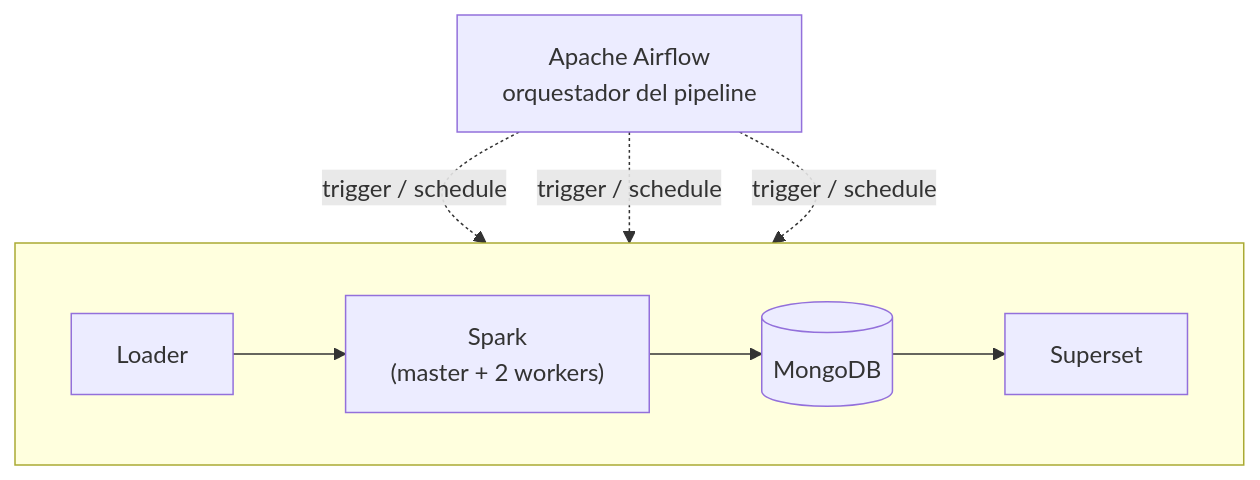
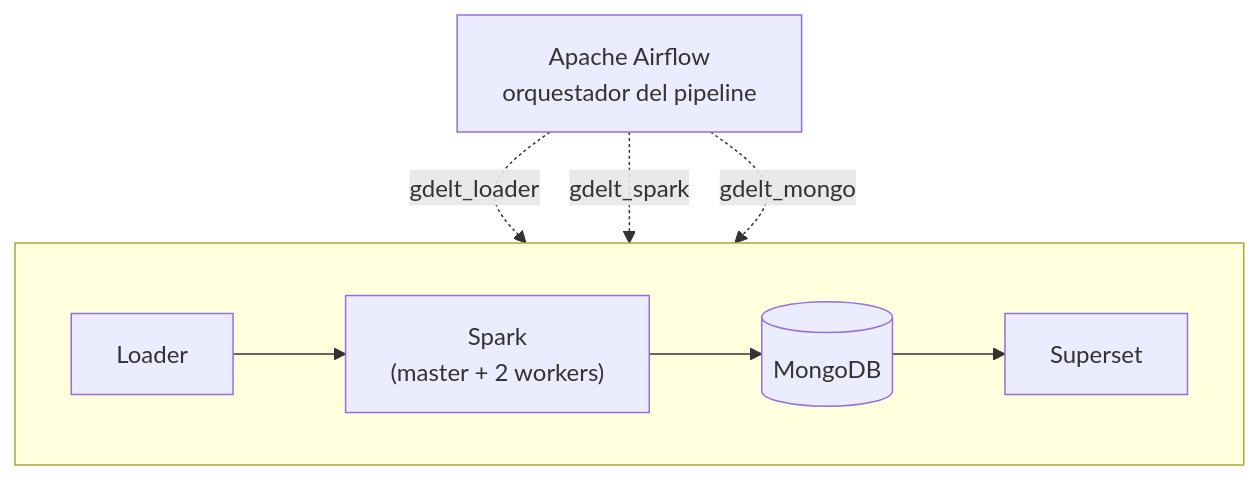
The fifth of 5 diagrams in resumen.md (Abraham2106/26s1-ic4302-p2), drawn with Mermaid before and after one commit.

````diff
--- a/resumen.md
+++ b/resumen.md
@@ -138,13 +138,13 @@
 ```mermaid
 flowchart TB
     Airflow[Apache Airflow<br/>orquestador del pipeline]
 
     subgraph Pipeline[" "]
         direction LR
         Loader[Loader] --> Spark["Spark<br/>(master + 2 workers)"] --> Mongo[(MongoDB)] --> Superset[Superset]
     end
 
-    Airflow -.->|trigger / schedule| Loader
-    Airflow -.->|trigger / schedule| Spark
-    Airflow -.->|trigger / schedule| Superset
+    Airflow -.->| gdelt_loader | Loader
+    Airflow -.->| gdelt_spark  | Spark
+    Airflow -.->| gdelt_mongo  | Mongo
 ```
````
